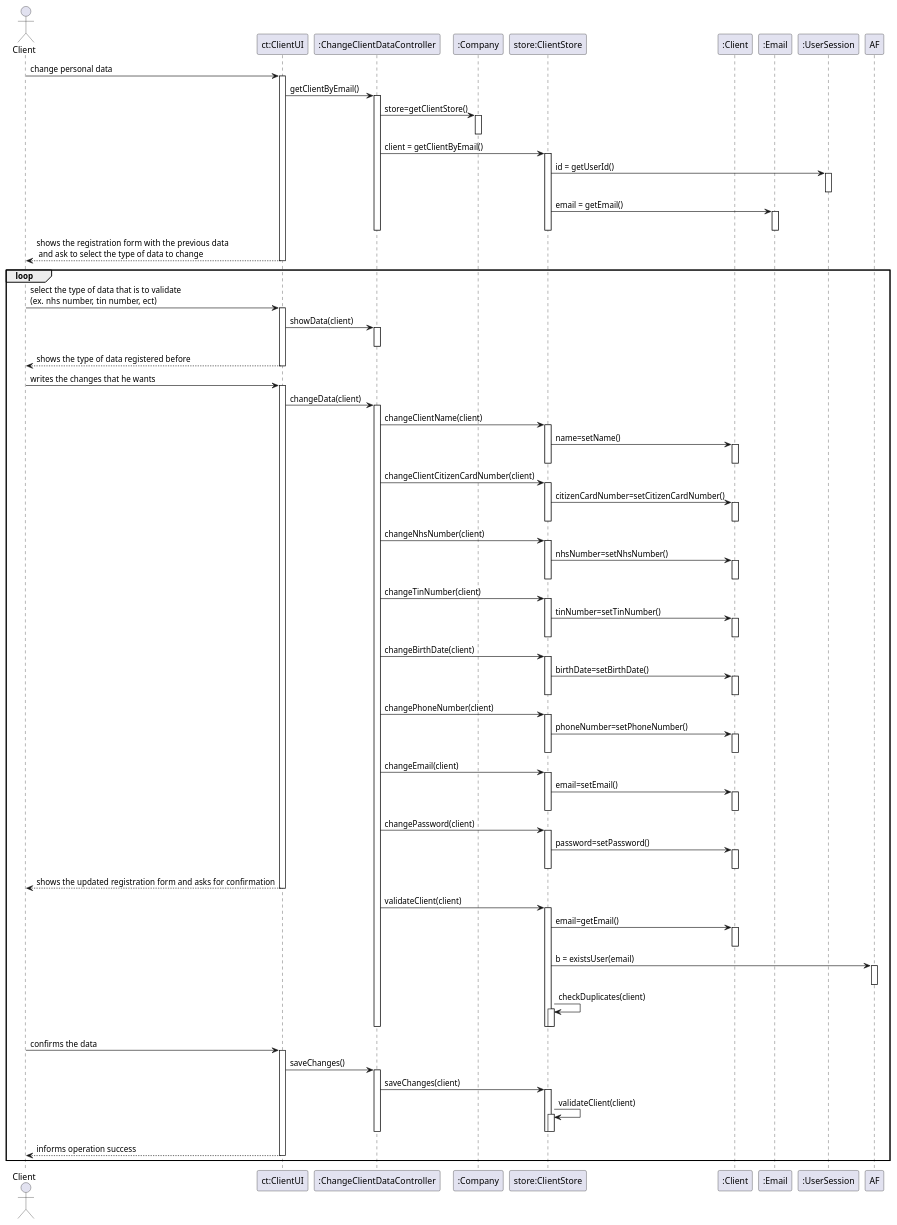
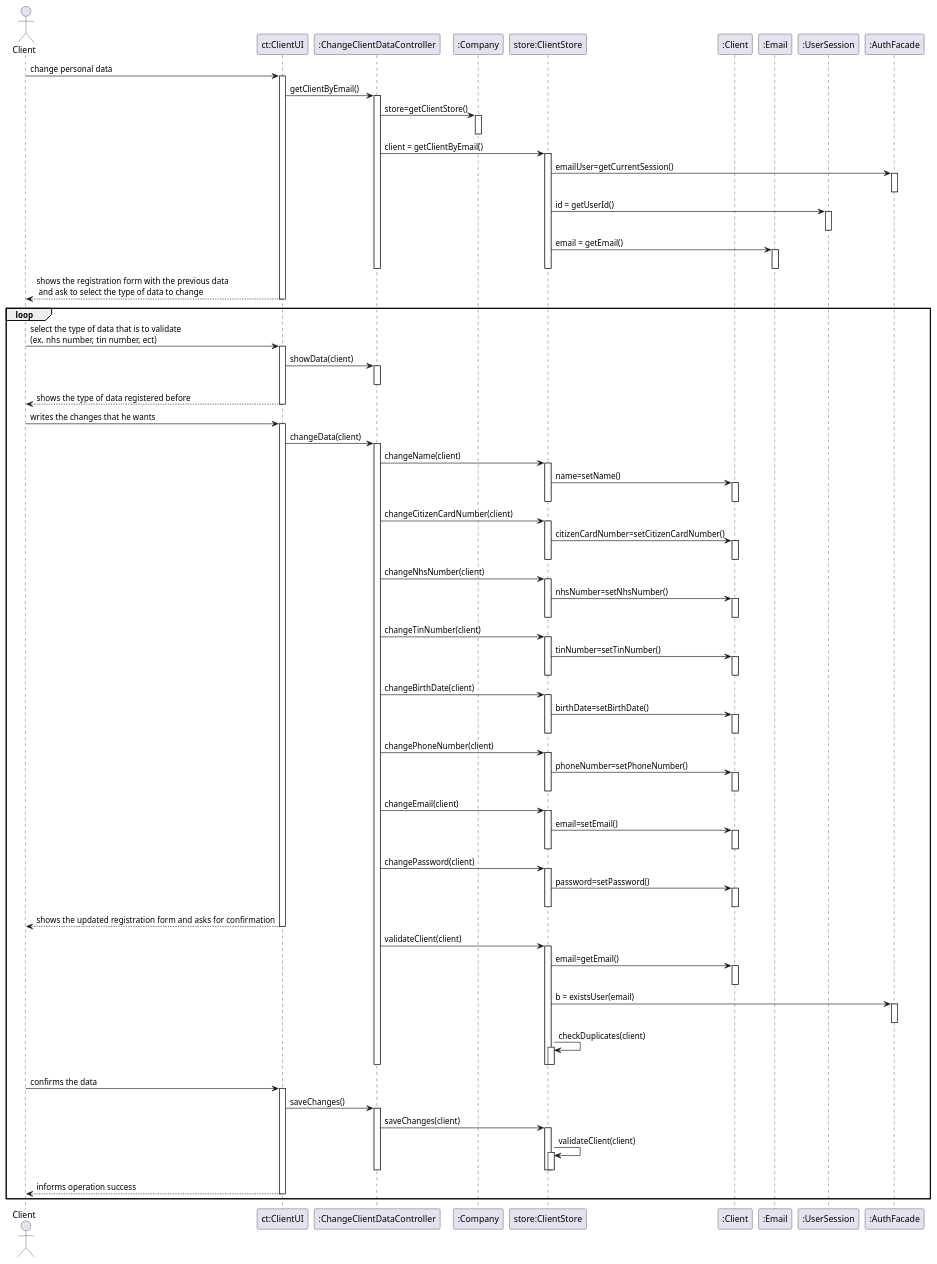
One commit to GuilhermeCunha79/lapr2 changed the diagram in docs/SprintD/US2/US02_SD.puml. Above: the diagram before and after it, drawn with PlantUML. The commit also changed 10 other files, not shown here.

```diff
--- a/docs/SprintD/US2/US02_SD.puml
+++ b/docs/SprintD/US2/US02_SD.puml
@@ -1,160 +1,164 @@
 @startuml
 'https://plantuml.com/sequence-diagram
 
 actor Client as CLT
 participant "ct:ClientUI" as UI
 participant ":ChangeClientDataController" as CTRL
 participant ":Company" as COMP
 participant "store:ClientStore" as STR
 participant ":Client" as CL
 participant ":Email" as EM
 participant ":UserSession" as US
+participant ":AuthFacade" as AF
 
 CLT -> UI : change personal data
 activate UI
 UI-> CTRL : getClientByEmail()
 activate CTRL
 CTRL-> COMP : store=getClientStore()
 activate COMP
 deactivate COMP
 CTRL->STR : client = getClientByEmail()
 activate STR
+STR-> AF :emailUser=getCurrentSession()
+activate AF
+deactivate AF
 STR -> US : id = getUserId()
 activate US
 deactivate US
 
 
 STR->EM: email = getEmail()
 activate EM
 deactivate EM
 deactivate STR
 
 
 deactivate STR
 
 
 deactivate CTRL
 
 
 
 UI--> CLT : shows the registration form with the previous data \n and ask to select the type of data to change
 
 
 deactivate UI
 
 
 
 
 
 
 
 
 loop
 CLT -> UI : select the type of data that is to validate\n(ex. nhs number, tin number, ect)
 activate UI
 UI-> CTRL : showData(client)
 activate CTRL
 deactivate CTRL
 UI--> CLT : shows the type of data registered before
 
 deactivate UI
 
 CLT -> UI : writes the changes that he wants
 activate UI
 UI-> CTRL : changeData(client)
 activate CTRL
 
-CTRL->STR :changeClientName(client)
+CTRL->STR :changeName(client)
 activate STR
 STR->CL : name=setName()
 activate CL
 deactivate CL
 deactivate STR
 
 
-CTRL->STR :changeClientCitizenCardNumber(client)
+CTRL->STR :changeCitizenCardNumber(client)
 activate STR
 STR->CL : citizenCardNumber=setCitizenCardNumber()
 activate CL
 deactivate CL
 deactivate STR
 
 CTRL->STR :changeNhsNumber(client)
 activate STR
 STR->CL : nhsNumber=setNhsNumber()
 activate CL
 deactivate CL
 deactivate STR
 
 CTRL->STR :changeTinNumber(client)
 activate STR
 STR->CL : tinNumber=setTinNumber()
 activate CL
 deactivate CL
 deactivate STR
 
 CTRL->STR :changeBirthDate(client)
 activate STR
 STR->CL : birthDate=setBirthDate()
 activate CL
 deactivate CL
 deactivate STR
 
 CTRL->STR :changePhoneNumber(client)
 activate STR
 STR->CL : phoneNumber=setPhoneNumber()
 activate CL
 deactivate CL
 deactivate STR
 
 CTRL->STR :changeEmail(client)
 activate STR
 STR->CL : email=setEmail()
 activate CL
 deactivate CL
 deactivate STR
 
 CTRL->STR :changePassword(client)
 activate STR
 STR->CL : password=setPassword()
 activate CL
 deactivate CL
 deactivate STR
 
 
 UI--> CLT : shows the updated registration form and asks for confirmation
 deactivate UI
 CTRL -> STR : validateClient(client)
 
         activate STR
         STR -> CL : email=getEmail()
         activate CL
         deactivate CL
         STR -> AF : b = existsUser(email)
         activate AF
         deactivate AF
         STR -> STR : checkDuplicates(client)
         activate STR
         deactivate STR
         deactivate STR
         deactivate CTRL
 
 
 
 CLT -> UI : confirms the data
 activate UI
 UI-> CTRL : saveChanges()
 activate CTRL
 CTRL-> STR : saveChanges(client)
 activate STR
 STR->STR : validateClient(client)
 activate STR
 deactivate STR
 deactivate STR
 deactivate CTRL
 
 UI--> CLT : informs operation success
 deactivate UI
 end
 
 @enduml
```
